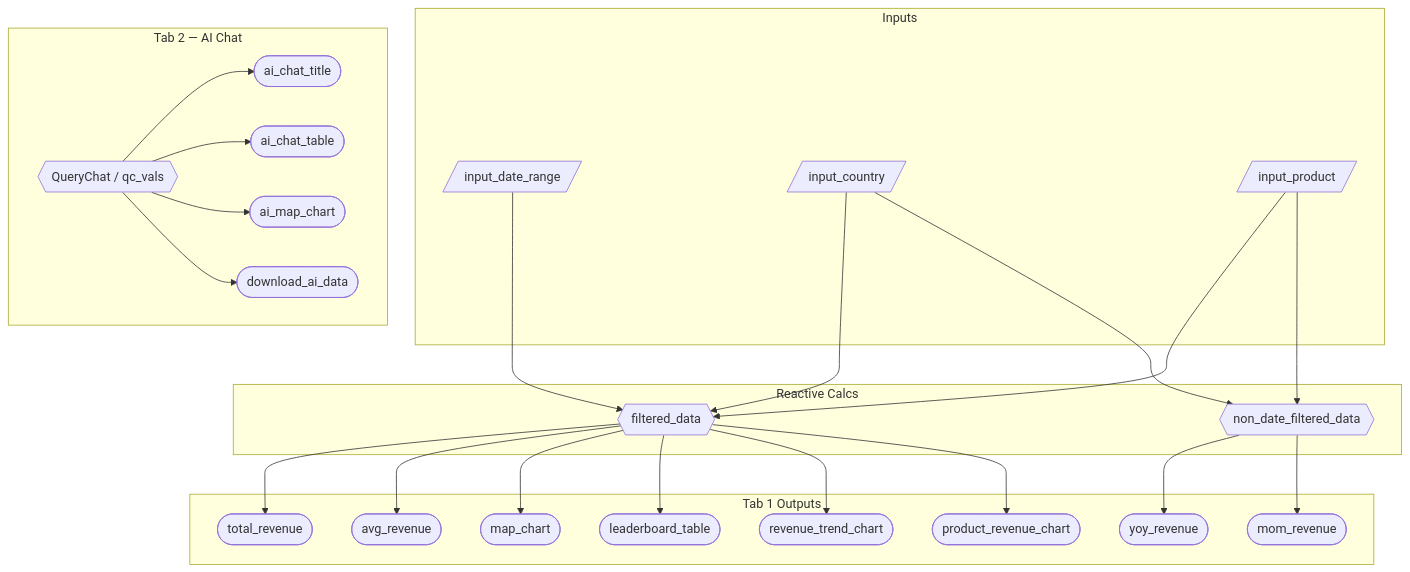
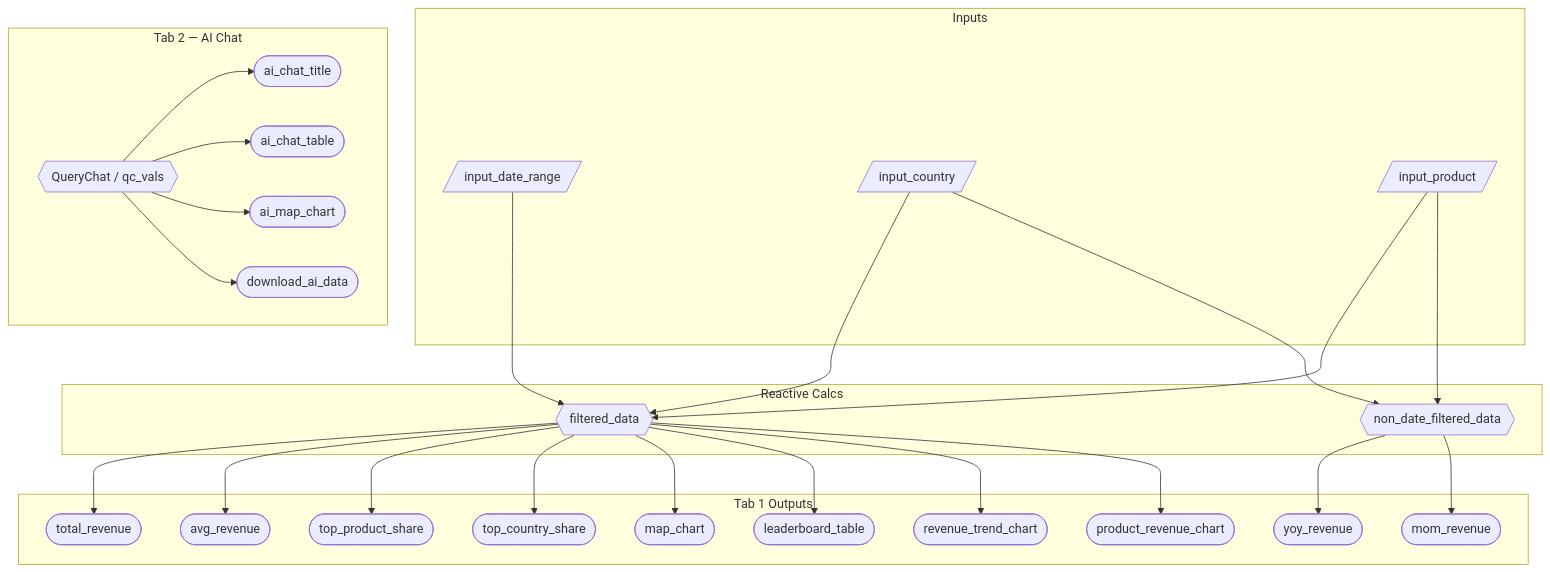
One commit to UBC-MDS/DSCI-532_2026_8_cocoaboard changed the diagram in reports/m2_spec.md. Above: the diagram before and after it, drawn with Mermaid. The commit also changed other lines of this file, not shown here.

First line of the commit message:
Enhance KPI dashboard with top product and country revenue share metrics #93

````diff
--- a/reports/m2_spec.md
+++ b/reports/m2_spec.md
@@ -47,47 +49,51 @@
 ```mermaid
 flowchart TD
   subgraph Inputs
     A[/input_date_range/]
     B[/input_country/]
     C[/input_product/]
   end
 
   subgraph "Reactive Calcs"
     F{{filtered_data}}
     NDF{{non_date_filtered_data}}
   end
 
   A --> F
   B --> F
   C --> F
   B --> NDF
   C --> NDF
 
   subgraph "Tab 1 Outputs"
     R([total_revenue])
     AVG([avg_revenue])
+    TPS([top_product_share])
+    TCS([top_country_share])
     YOY([yoy_revenue])
     MOM([mom_revenue])
     M([map_chart])
     L([leaderboard_table])
     RT([revenue_trend_chart])
     PR([product_revenue_chart])
   end
 
   F --> R
   F --> AVG
+  F --> TPS
+  F --> TCS
   F --> M
   F --> L
   F --> RT
   F --> PR
   NDF --> YOY
   NDF --> MOM
 
   subgraph "Tab 2 — AI Chat"
     QC{{QueryChat / qc_vals}}
     QC --> AT([ai_chat_title])
     QC --> ATBL([ai_chat_table])
     QC --> AM([ai_map_chart])
     QC --> DL([download_ai_data])
   end
 ```
````
